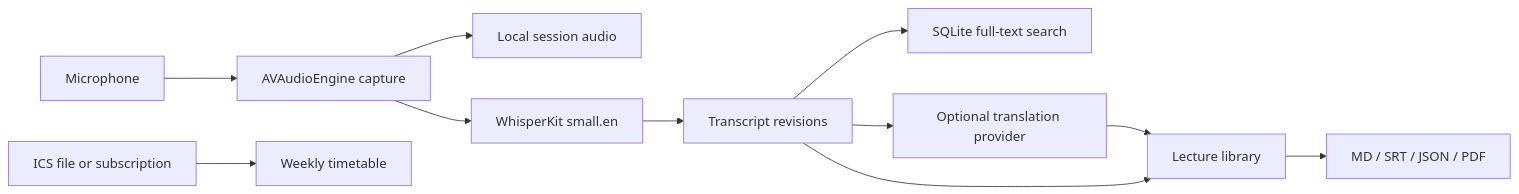
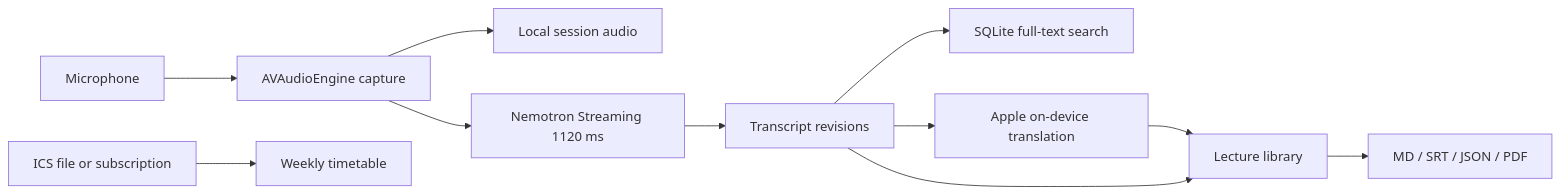
Before and after one commit to eason241008/EchoNote: the diagram in README.md, drawn with Mermaid. The commit also changed other lines of this file and 15 other files, not shown here.

````diff
--- a/README.md
+++ b/README.md
@@ -179,13 +164,13 @@
 ```mermaid
 flowchart LR
     Mic[Microphone] --> Capture[AVAudioEngine capture]
     Capture --> Audio[Local session audio]
-    Capture --> Whisper[WhisperKit small.en]
-    Whisper --> Revision[Transcript revisions]
+    Capture --> Nemotron[Nemotron Streaming 1120 ms]
+    Nemotron --> Revision[Transcript revisions]
     Revision --> Search[SQLite full-text search]
-    Revision --> Translate[Optional translation provider]
+    Revision --> Translate[Apple on-device translation]
     Translate --> Library[Lecture library]
     Revision --> Library
     ICS[ICS file or subscription] --> Schedule[Weekly timetable]
     Library --> Export[MD / SRT / JSON / PDF]
 ```
````
